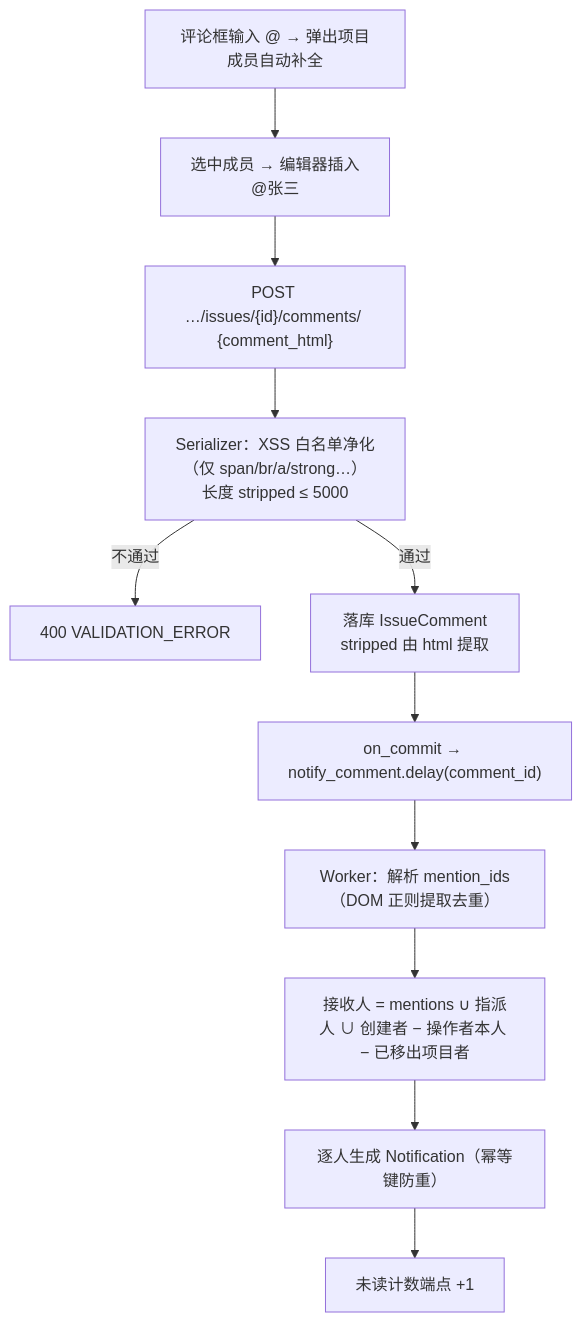
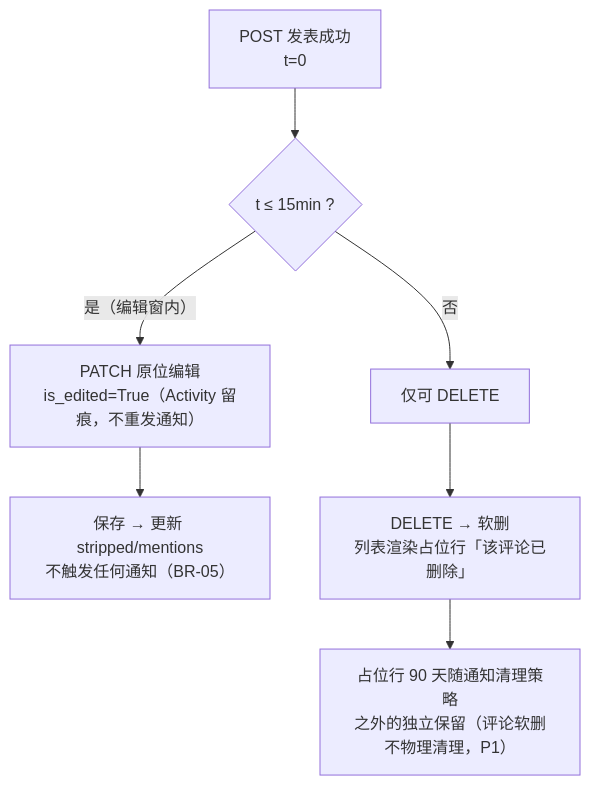
The second of 4 diagrams in docs/sprint-1-mvp/COLLAB-001-comment-notify.md (RabbitAI-Lab/RabbitProjects), drawn with Mermaid before and after one commit. The commit also changed other lines of this file and 86 other files, not shown here.

````diff
--- a/docs/sprint-1-mvp/COLLAB-001-comment-notify.md
+++ b/docs/sprint-1-mvp/COLLAB-001-comment-notify.md
@@ -63,13 +151,9 @@
 ```mermaid
 flowchart TD
-    A["评论框输入 @ → 弹出项目成员自动补全"] --> B["选中成员 → 编辑器插入<br/><span data-mention-id=UUID>@张三</span>"]
-    B --> C["POST …/issues/{id}/comments/ {comment_html}"]
-    C --> D["Serializer：XSS 白名单净化（仅 span/br/a/strong…）<br/>长度 stripped ≤ 5000"]
-    D -- 不通过 --> D1["400 VALIDATION_ERROR"]
-    D -- 通过 --> E["落库 IssueComment<br/>stripped 由 html 提取"]
-    E --> F["on_commit → notify_comment.delay(comment_id)"]
-    F --> G["Worker：解析 mention_ids（DOM 正则提取去重）"]
-    G --> H["接收人 = mentions ∪ 指派人 ∪ 创建者 − 操作者本人 − 已移出项目者"]
-    H --> I["逐人生成 Notification（幂等键防重）"]
-    I --> J["未读计数端点 +1"]
+    A["POST 发表成功<br/>t=0"] --> B{"t ≤ 15min ?"}
+    B -->|"是（编辑窗内）"| C["PATCH 原位编辑<br/>is_edited=True（Activity 留痕，不重发通知）"]
+    B -->|"否"| D["仅可 DELETE"]
+    C --> E["保存 → 更新 stripped/mentions<br/>不触发任何通知（BR-05）"]
+    D --> F["DELETE → 软删<br/>列表渲染占位行「该评论已删除」"]
+    F --> G["占位行 90 天随通知清理策略<br/>之外的独立保留（评论软删不物理清理，P1）"]
 ```
````
